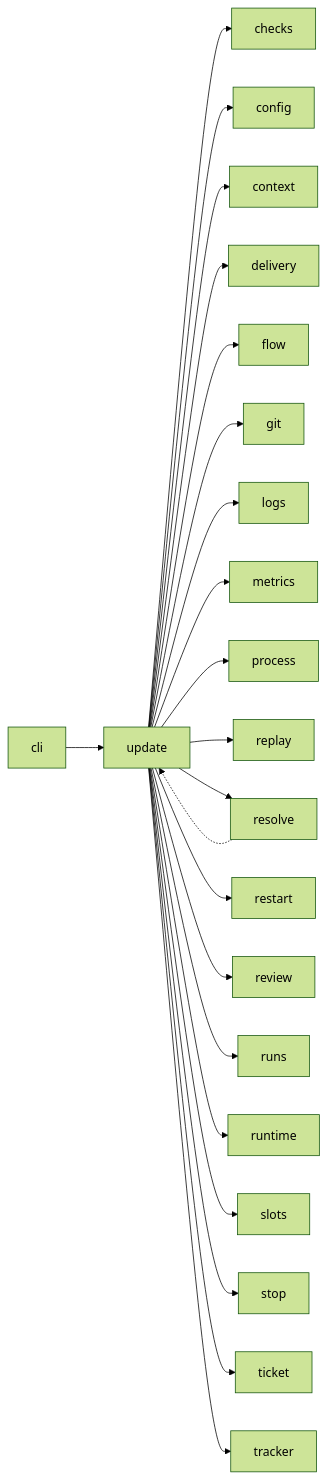
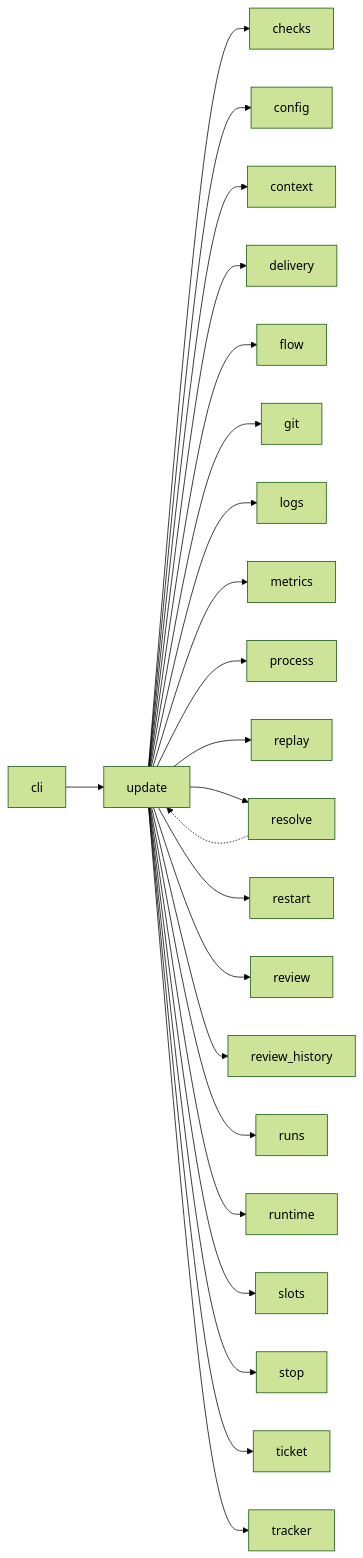
Before and after one commit to plaplanche/ariane: the third of 3 diagrams in docs/architecture/modules/update.md, drawn with Mermaid (forest theme). The commit also changed other lines of this file and 30 other files, not shown here.

````diff
--- a/docs/architecture/modules/update.md
+++ b/docs/architecture/modules/update.md
@@ -100,24 +100,25 @@
 ```mermaid
 flowchart LR
   cli --> update
   resolve -.-> update
   update --> checks
   update --> config
   update --> context
   update --> delivery
   update --> flow
   update --> git
   update --> logs
   update --> metrics
   update --> process
   update --> replay
   update --> resolve
   update --> restart
   update --> review
+  update --> review_history
   update --> runs
   update --> runtime
   update --> slots
   update --> stop
   update --> ticket
   update --> tracker
 ```
````
